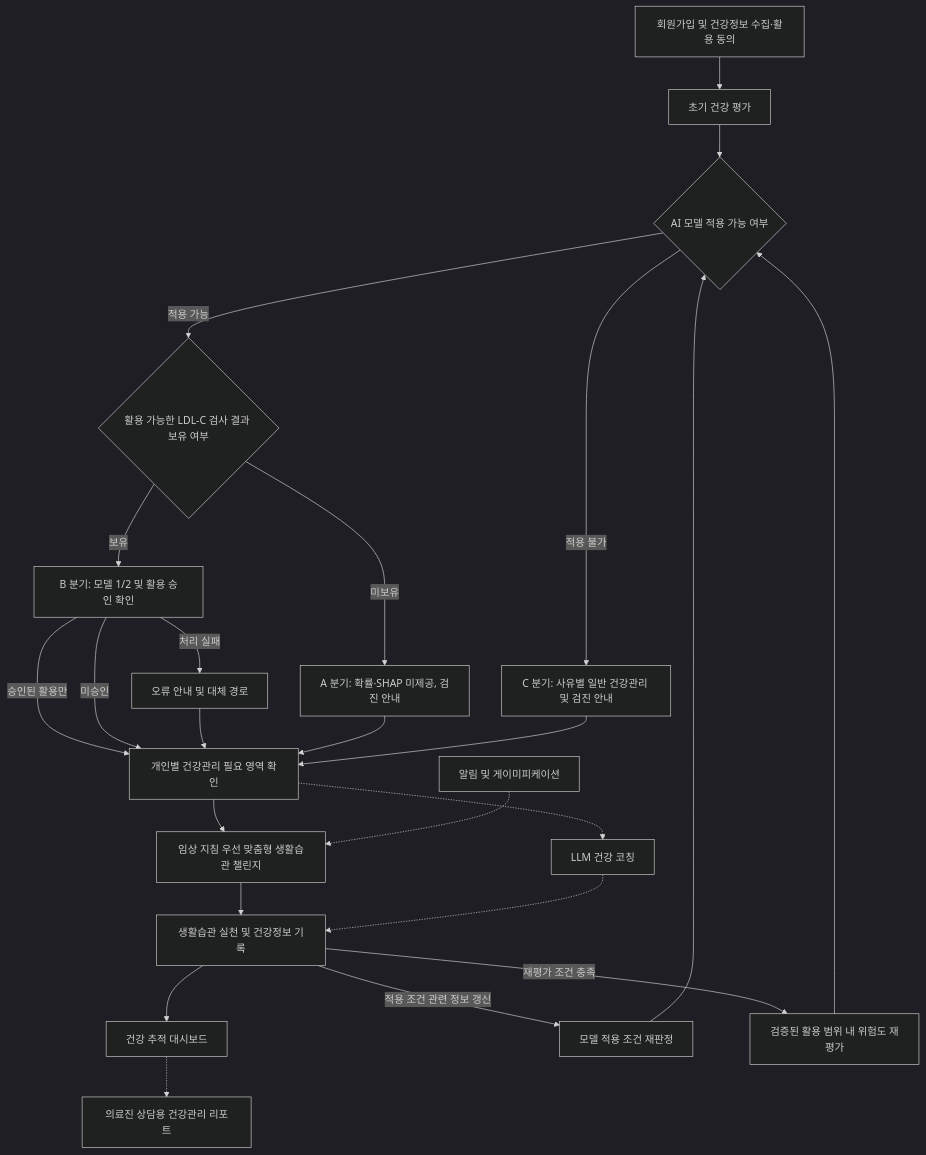
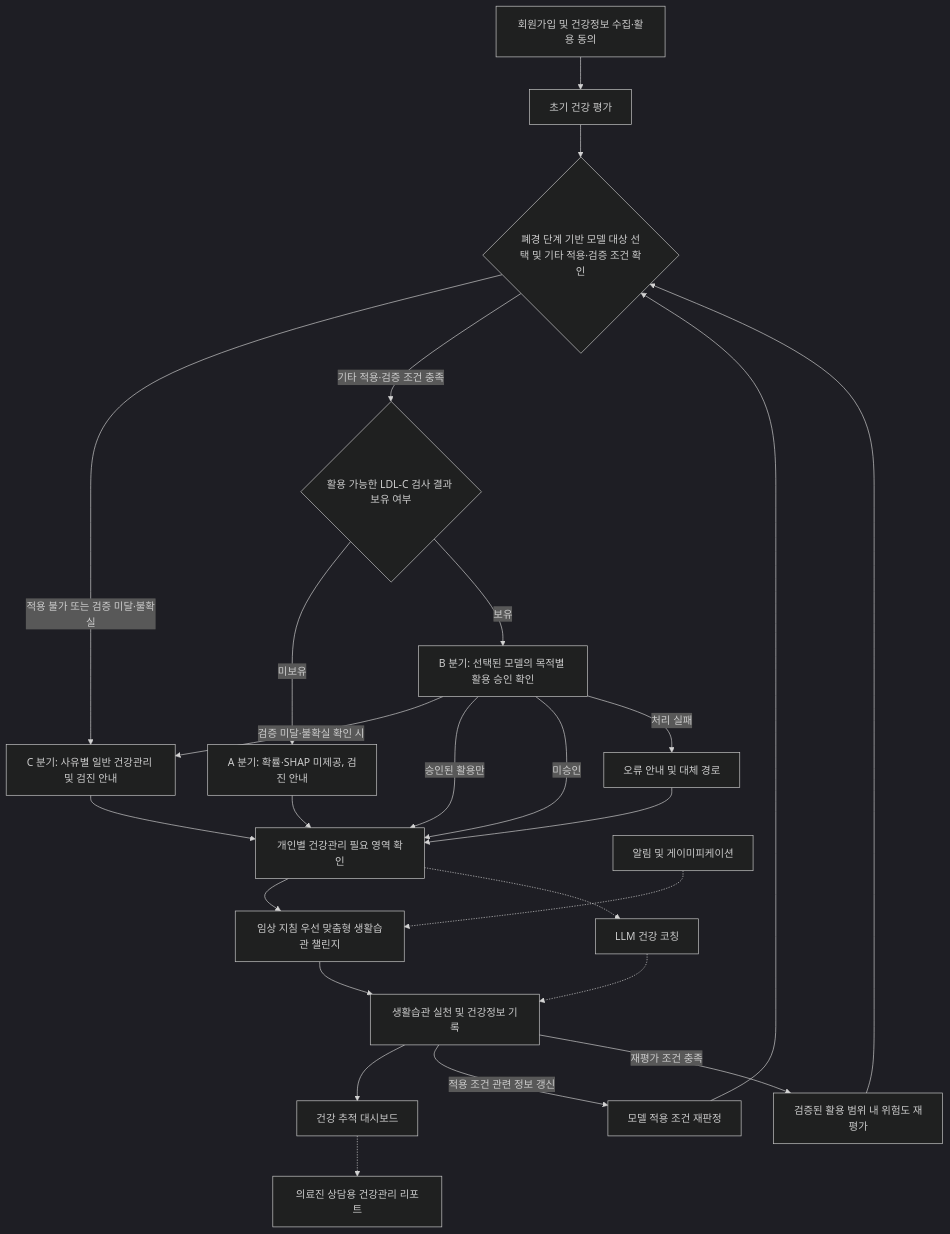
Before and after one commit to AI-HealthCare-07/welloop: the first of 2 diagrams in docs/planning/WELLOOP_요구사항정의서_v2.0.md, drawn with Mermaid (dark theme). The commit also changed other lines of this file, not shown here.

````diff
--- a/docs/planning/WELLOOP_요구사항정의서_v2.0.md
+++ b/docs/planning/WELLOOP_요구사항정의서_v2.0.md
@@ -215,28 +215,29 @@
 ```mermaid
 
 flowchart TD
     AUTH["회원가입 및 건강정보 수집·활용 동의"] --> A["초기 건강 평가"]
-    A --> B{"AI 모델 적용 가능 여부"}
-    B -->|적용 불가| F["C 분기: 사유별 일반 건강관리 및 검진 안내"]
-    B -->|적용 가능| C{"활용 가능한 LDL-C 검사 결과 보유 여부"}
+    A --> B{"폐경 단계 기반 모델 대상 선택 및 기타 적용·검증 조건 확인"}
+    B -->|적용 불가 또는 검증 미달·불확실| F["C 분기: 사유별 일반 건강관리 및 검진 안내"]
+    B -->|기타 적용·검증 조건 충족| C{"활용 가능한 LDL-C 검사 결과 보유 여부"}
     C -->|미보유| D["A 분기: 확률·SHAP 미제공, 검진 안내"]
-    C -->|보유| E["B 분기: 모델 1/2 및 활용 승인 확인"]
+    C -->|보유| E["B 분기: 선택된 모델의 목적별 활용 승인 확인"]
+    E -->|검증 미달·불확실 확인 시| F
     E -->|승인된 활용만| G["개인별 건강관리 필요 영역 확인"]
     E -->|미승인| G
     E -->|처리 실패| FAIL["오류 안내 및 대체 경로"]
     FAIL --> G
     D --> G
     F --> G
     G --> I["임상 지침 우선 맞춤형 생활습관 챌린지"]
     G -.-> J["LLM 건강 코칭"]
     I --> K["생활습관 실천 및 건강정보 기록"]
     J -.-> K
     L["알림 및 게이미피케이션"] -.-> I
     K --> M["건강 추적 대시보드"]
     M -.-> N["의료진 상담용 건강관리 리포트"]
     K -->|적용 조건 관련 정보 갱신| O["모델 적용 조건 재판정"]
     O --> B
     K -->|재평가 조건 충족| P["검증된 활용 범위 내 위험도 재평가"]
     P --> B
 
 ```
````
